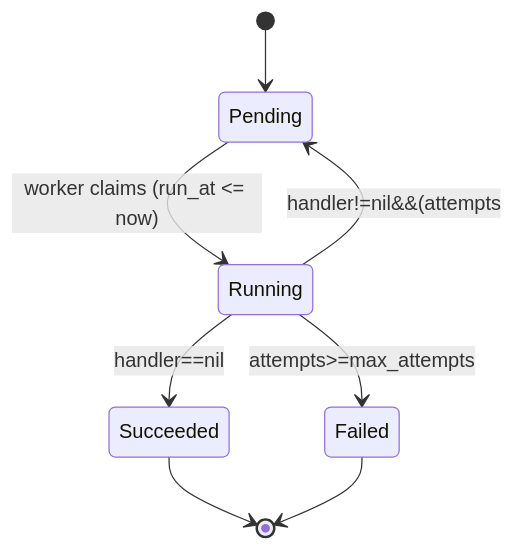
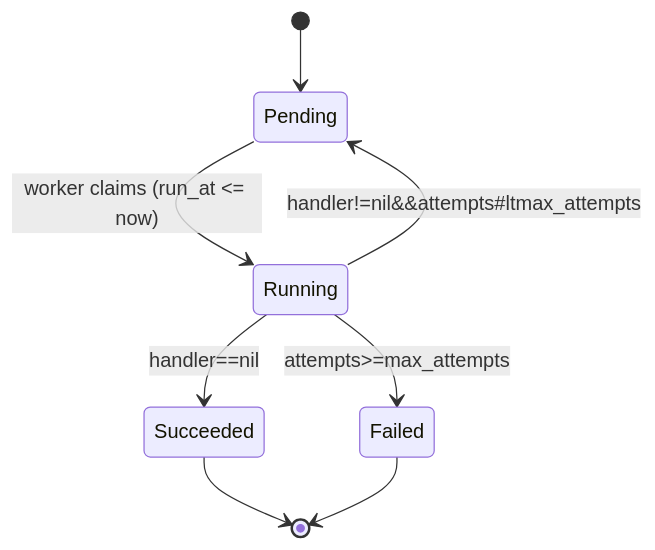
Before and after one commit to CL0UD6LOCK/kiln: the diagram in README.md, drawn with Mermaid.

````diff
--- a/README.md
+++ b/README.md
@@ -29,10 +29,10 @@
 ```mermaid
 stateDiagram-v2
     [*] --> Pending
     Pending --> Running: worker claims (run_at <= now)
     Running --> Succeeded: handler==nil
-    Running --> Pending: handler!=nil&&(attempts<max_attempts)
+    Running --> Pending: handler!=nil&&attempts#ltmax_attempts
     Running --> Failed: attempts>=max_attempts
     Succeeded --> [*]
     Failed -->[*]
 ```
````
